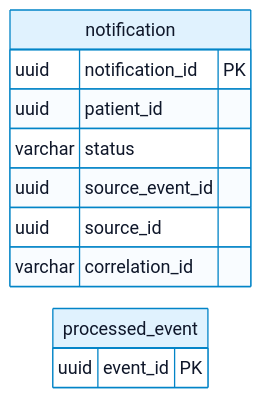
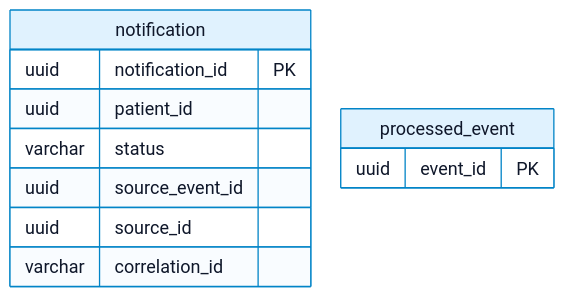
The diagram in docs/monitor_proj_progress/02-giai-doan-2-thiet-ke-giao-dien-tieu-chuan/review-2/word-compact/portrait/mermaid/21-en.mmd (Dangvinh77/MediFlow), drawn with Mermaid before and after one commit. The commit also changed 593 other files, not shown here.

Commit message:
docs(review2): fix Word diagram exports and orientation layouts

```diff
--- a/docs/monitor_proj_progress/02-giai-doan-2-thiet-ke-giao-dien-tieu-chuan/review-2/word-compact/portrait/mermaid/21-en.mmd
+++ b/docs/monitor_proj_progress/02-giai-doan-2-thiet-ke-giao-dien-tieu-chuan/review-2/word-compact/portrait/mermaid/21-en.mmd
@@ -1,14 +1,16 @@
-%%{init: {"theme": "base", "securityLevel": "loose", "fontFamily": "Arial, sans-serif", "themeVariables": {"primaryColor": "#e0f2fe", "primaryTextColor": "#0f172a", "primaryBorderColor": "#0284c7", "lineColor": "#475569", "secondaryColor": "#ccfbf1", "tertiaryColor": "#f1f5f9", "background": "#ffffff", "mainBkg": "#e0f2fe", "nodeBorder": "#0284c7", "clusterBkg": "#f8fafc", "clusterBorder": "#94a3b8", "actorBkg": "#e0f2fe", "actorBorder": "#0284c7", "actorTextColor": "#0f172a", "signalColor": "#475569", "signalTextColor": "#0f172a", "labelBoxBkgColor": "#f1f5f9", "labelBoxBorderColor": "#94a3b8", "activationBkgColor": "#ccfbf1", "activationBorderColor": "#0f766e", "sequenceNumberColor": "#ffffff", "attributeBackgroundColorOdd": "#ffffff", "attributeBackgroundColorEven": "#f0f9ff", "fontSize": "18px"}, "flowchart": {"htmlLabels": true, "curve": "basis", "nodeSpacing": 16, "rankSpacing": 28, "padding": 8, "diagramPadding": 8, "wrappingWidth": 420}, "sequence": {"useMaxWidth": true, "wrap": true, "actorMargin": 22, "width": 125, "height": 45, "boxMargin": 6, "boxTextMargin": 4, "noteMargin": 7, "messageMargin": 20, "diagramMarginX": 8, "diagramMarginY": 8, "mirrorActors": false, "actorFontSize": 17, "messageFontSize": 16, "noteFontSize": 15, "wrapPadding": 6}, "er": {"useMaxWidth": true, "nodeSpacing": 22, "rankSpacing": 30, "diagramPadding": 8, "entityPadding": 10, "fontSize": 17}, "themeCSS": ".nodeLabel img { display:inline-block!important; width:28px!important; height:28px!important; vertical-align:middle!important; } .nodeLabel p { margin:0; }", "class": {"diagramPadding": 8, "nodeSpacing": 20, "rankSpacing": 30}}}%%
+%%{init: {"theme": "base", "securityLevel": "loose", "fontFamily": "Arial, sans-serif", "themeVariables": {"primaryColor": "#e0f2fe", "primaryTextColor": "#0f172a", "primaryBorderColor": "#0284c7", "lineColor": "#475569", "secondaryColor": "#ccfbf1", "tertiaryColor": "#f1f5f9", "background": "#ffffff", "mainBkg": "#e0f2fe", "nodeBorder": "#0284c7", "clusterBkg": "#f8fafc", "clusterBorder": "#94a3b8", "actorBkg": "#e0f2fe", "actorBorder": "#0284c7", "actorTextColor": "#0f172a", "signalColor": "#475569", "signalTextColor": "#0f172a", "labelBoxBkgColor": "#f1f5f9", "labelBoxBorderColor": "#94a3b8", "activationBkgColor": "#ccfbf1", "activationBorderColor": "#0f766e", "sequenceNumberColor": "#ffffff", "attributeBackgroundColorOdd": "#ffffff", "attributeBackgroundColorEven": "#f0f9ff", "fontSize": "18px"}, "flowchart": {"htmlLabels": true, "curve": "basis", "nodeSpacing": 24, "rankSpacing": 42, "padding": 12, "diagramPadding": 24, "wrappingWidth": 420, "subGraphTitleMargin": {"top": 10, "bottom": 32}}, "sequence": {"useMaxWidth": true, "wrap": true, "actorMargin": 30, "width": 140, "height": 55, "boxMargin": 14, "boxTextMargin": 8, "noteMargin": 16, "messageMargin": 34, "diagramMarginX": 24, "diagramMarginY": 24, "mirrorActors": true, "actorFontSize": 17, "messageFontSize": 16, "noteFontSize": 16, "wrapPadding": 10}, "er": {"useMaxWidth": true, "nodeSpacing": 30, "rankSpacing": 42, "diagramPadding": 24, "entityPadding": 10, "fontSize": 17}, "themeCSS": ".nodeLabel img { display:inline-block!important; width:28px!important; height:28px!important; vertical-align:middle!important; } .nodeLabel p { margin:0; }", "class": {"diagramPadding": 24, "nodeSpacing": 32, "rankSpacing": 45}}}%%
 erDiagram
- direction LR
+ direction TB
  notification {
   uuid notification_id PK
   uuid patient_id
   varchar status
   uuid source_event_id
   uuid source_id
   varchar correlation_id
  }
  processed_event {
   uuid event_id PK
  }
+
+%% Word entity-grid columns: 1
```
